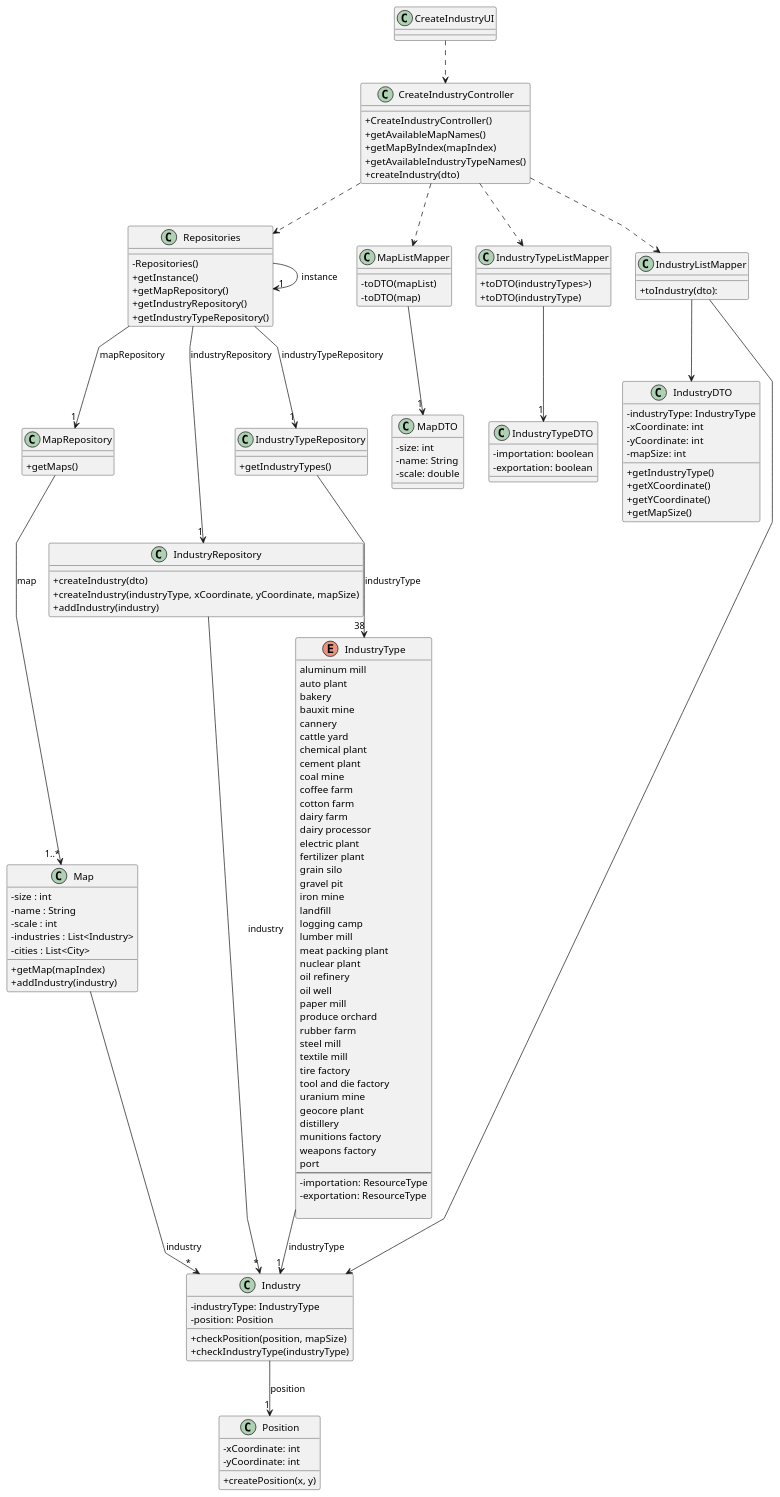
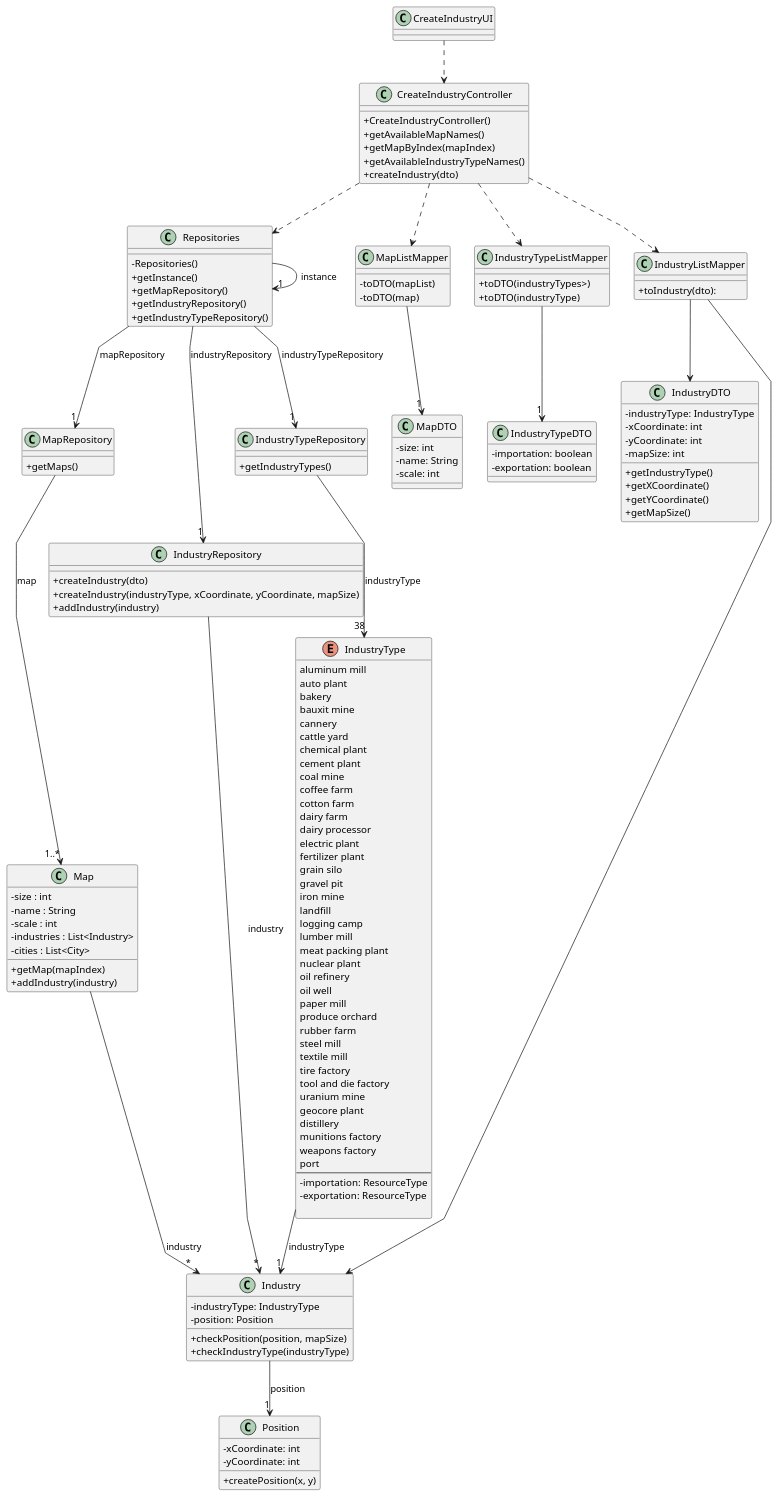
The diagram in Sprint3/US002/03.design/puml/US002-CD.puml (1240935/pi2-railway-simulator), drawn with PlantUML before and after one commit. The commit also changed 9 other files, not shown here.

```diff
--- a/Sprint3/US002/03.design/puml/US002-CD.puml
+++ b/Sprint3/US002/03.design/puml/US002-CD.puml
@@ -1,182 +1,182 @@
 @startuml
 'skinparam monochrome true
 skinparam packageStyle rectangle
 skinparam shadowing false
 skinparam linetype polyline
 'skinparam linetype orto
 
 skinparam classAttributeIconSize 0
 
 'left to right direction
 
 class CreateIndustryUI {
 }
 
 class CreateIndustryController {
   +CreateIndustryController()
   +getAvailableMapNames()
   +getMapByIndex(mapIndex)
   +getAvailableIndustryTypeNames()
   +createIndustry(dto)
 }
 
 class Repositories {
   -Repositories()
   +getInstance()
   +getMapRepository()
   +getIndustryRepository()
   +getIndustryTypeRepository()
 }
 
 class MapRepository {
   +getMaps()
 }
 
 class IndustryRepository {
   +createIndustry(dto)
   +createIndustry(industryType, xCoordinate, yCoordinate, mapSize)
   +addIndustry(industry)
 }
 
 class IndustryTypeRepository {
   +getIndustryTypes()
 }
 
 class MapListMapper {
   -toDTO(mapList)
   -toDTO(map)
 }
 
 class IndustryTypeListMapper {
   +toDTO(industryTypes>)
   +toDTO(industryType)
 }
 
 class IndustryListMapper {
   +toIndustry(dto):
 }
 
 class MapDTO {
   -size: int
   -name: String
-  -scale: double
+  -scale: int
 }
 
 class IndustryTypeDTO {
   -importation: boolean
   -exportation: boolean
 }
 
 class IndustryDTO {
   -industryType: IndustryType
   -xCoordinate: int
   -yCoordinate: int
   -mapSize: int
   +getIndustryType()
   +getXCoordinate()
   +getYCoordinate()
   +getMapSize()
 }
 
 class Map {
   - size : int
   - name : String
   - scale : int
   - industries : List<Industry>
   - cities : List<City>
   +getMap(mapIndex)
   +addIndustry(industry)
 }
 
 class Industry {
   -industryType: IndustryType
   -position: Position
   +checkPosition(position, mapSize)
   +checkIndustryType(industryType)
 }
 
  enum IndustryType{
     aluminum mill
     auto plant
     bakery
     bauxit mine
     cannery
     cattle yard
     chemical plant
     cement plant
     coal mine
     coffee farm
     cotton farm
     dairy farm
     dairy processor
     electric plant
     fertilizer plant
     grain silo
     gravel pit
     iron mine
     landfill
     logging camp
     lumber mill
     meat packing plant
     nuclear plant
     oil refinery
     oil well
     paper mill
     produce orchard
     rubber farm
     steel mill
     textile mill
     tire factory
     tool and die factory
     uranium mine
     geocore plant
     distillery
     munitions factory
     weapons factory
     port
     --
     -importation: ResourceType
     -exportation: ResourceType
 
   }
 
 class Position {
   -xCoordinate: int
   -yCoordinate: int
   +createPosition(x, y)
 }
 
 ' Associations
 CreateIndustryUI ..> CreateIndustryController
 
 CreateIndustryController ..> Repositories
 
 Repositories -> "1" Repositories : instance
 Repositories --> "1" MapRepository: mapRepository
 Repositories --> "1" IndustryRepository: industryRepository
 Repositories --> "1" IndustryTypeRepository: industryTypeRepository
 
 CreateIndustryController ..> MapListMapper
 
 MapListMapper --> "1" MapDTO
 
 CreateIndustryController ..> IndustryTypeListMapper
 
 IndustryTypeListMapper --> "1" IndustryTypeDTO
 
 CreateIndustryController ..> IndustryListMapper
 
 IndustryListMapper --> Industry
 
 IndustryListMapper --> IndustryDTO
 
 Industry --> "1" Position: position
 
 IndustryTypeRepository --> "38" IndustryType: industryType
 MapRepository --> "1..*" Map: map
 IndustryType --> "1" Industry: industryType
 
 IndustryRepository --> "*" Industry: industry
 Map --> "*" Industry: industry
 
 @enduml
```
